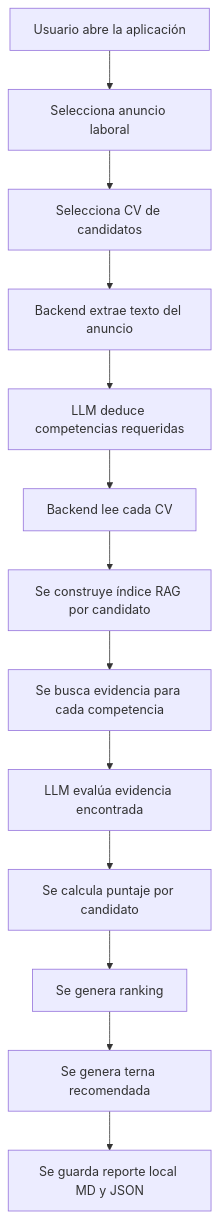
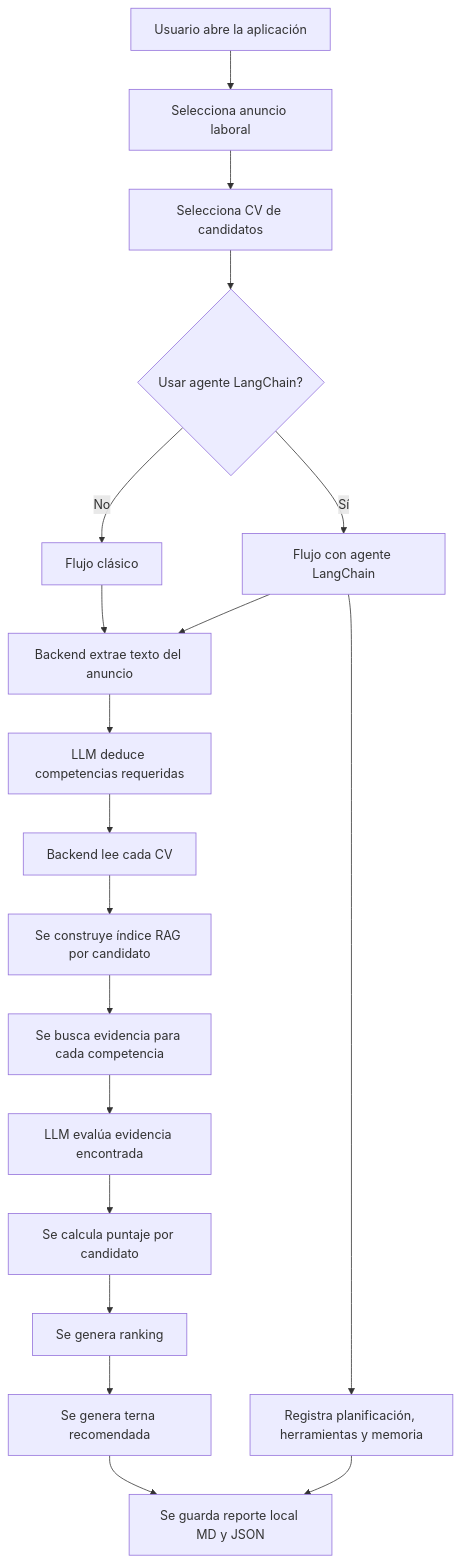
One commit to flecaros84/caso changed the first of 3 diagrams in readme.md. Above: the diagram before and after it, drawn with Mermaid. The commit also changed other lines of this file and 5 other files, not shown here.

````diff
--- a/readme.md
+++ b/readme.md
@@ -118,15 +139,25 @@
 ```mermaid
 flowchart TD
     A[Usuario abre la aplicación] --> B[Selecciona anuncio laboral]
     B --> C[Selecciona CV de candidatos]
-    C --> D[Backend extrae texto del anuncio]
-    D --> E[LLM deduce competencias requeridas]
-    E --> F[Backend lee cada CV]
-    F --> G[Se construye índice RAG por candidato]
-    G --> H[Se busca evidencia para cada competencia]
-    H --> I[LLM evalúa evidencia encontrada]
-    I --> J[Se calcula puntaje por candidato]
-    J --> K[Se genera ranking]
-    K --> L[Se genera terna recomendada]
-    L --> M[Se guarda reporte local MD y JSON]
+    C --> X{Usar agente LangChain?}
+
+    X -->|No| D[Flujo clásico]
+    X -->|Sí| AG[Flujo con agente LangChain]
+
+    D --> E[Backend extrae texto del anuncio]
+    AG --> E
+
+    E --> F[LLM deduce competencias requeridas]
+    F --> G[Backend lee cada CV]
+    G --> H[Se construye índice RAG por candidato]
+    H --> I[Se busca evidencia para cada competencia]
+    I --> J[LLM evalúa evidencia encontrada]
+    J --> K[Se calcula puntaje por candidato]
+    K --> L[Se genera ranking]
+    L --> M[Se genera terna recomendada]
+    M --> N[Se guarda reporte local MD y JSON]
+
+    AG --> O[Registra planificación, herramientas y memoria]
+    O --> N
 ```
````
